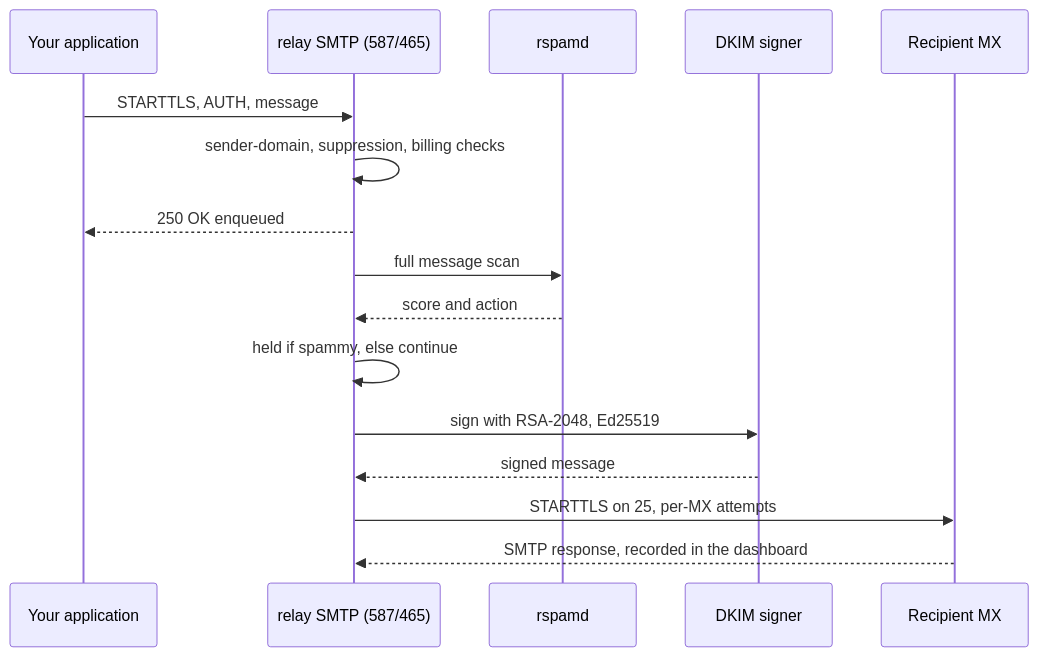
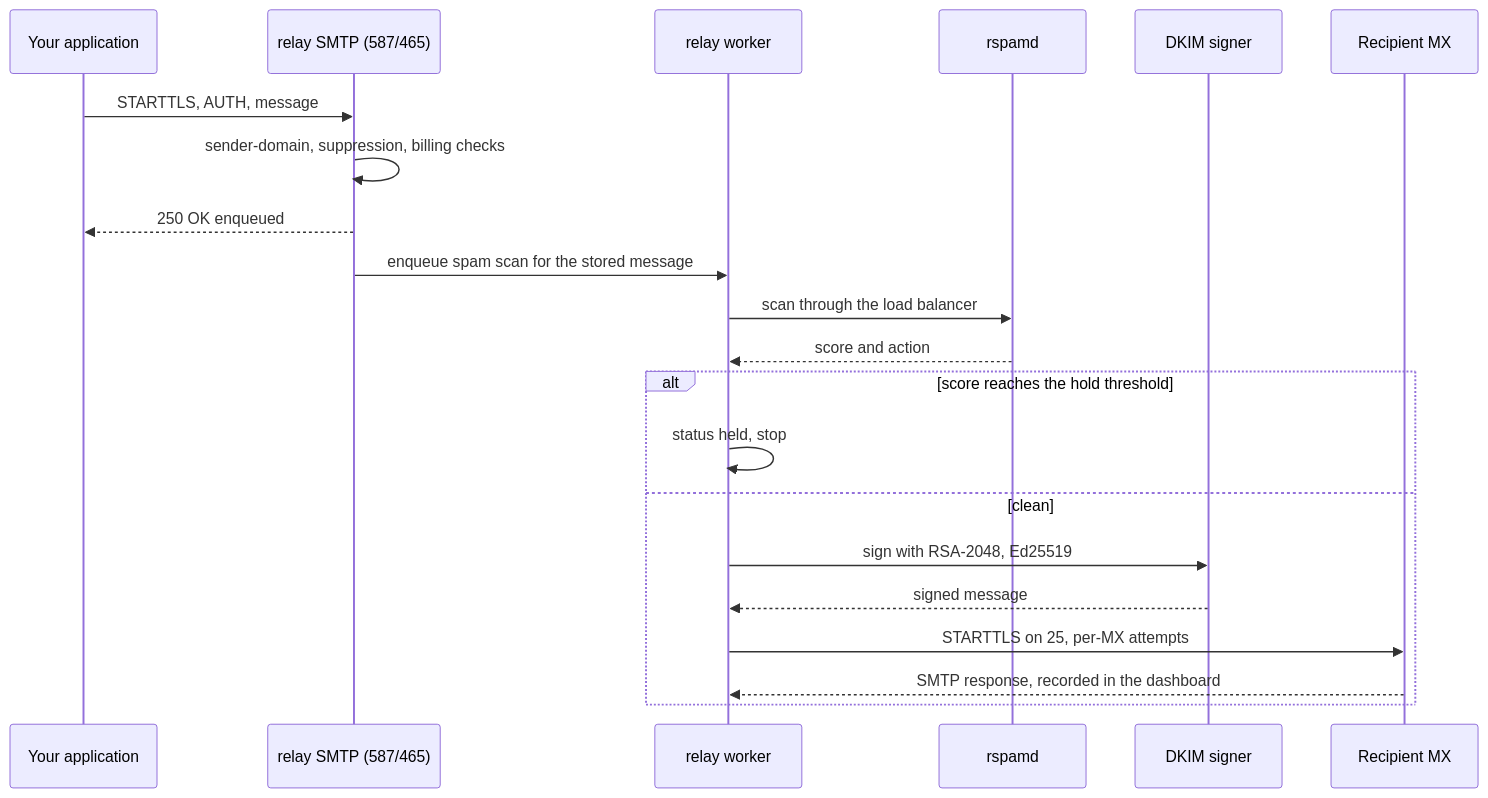
The diagram in docs/docs/deliverability.md (codingjoe/relay), drawn with Mermaid before and after one commit. The commit also changed 14 other files, not shown here.

````diff
--- a/docs/docs/deliverability.md
+++ b/docs/docs/deliverability.md
@@ -56,19 +56,24 @@
 ```mermaid
 sequenceDiagram
     participant App as Your application
     participant MSA as relay SMTP (587/465)
+    participant Worker as relay worker
     participant Scan as rspamd
     participant Sign as DKIM signer
     participant Remote as Recipient MX
 
     App->>MSA: STARTTLS, AUTH, message
     MSA->>MSA: sender-domain, suppression, billing checks
     MSA-->>App: 250 OK enqueued
-    MSA->>Scan: full message scan
-    Scan-->>MSA: score and action
-    MSA->>MSA: held if spammy, else continue
-    MSA->>Sign: sign with RSA-2048, Ed25519
-    Sign-->>MSA: signed message
-    MSA->>Remote: STARTTLS on 25, per-MX attempts
-    Remote-->>MSA: SMTP response, recorded in the dashboard
+    MSA->>Worker: enqueue spam scan for the stored message
+    Worker->>Scan: scan through the load balancer
+    Scan-->>Worker: score and action
+    alt score reaches the hold threshold
+        Worker->>Worker: status held, stop
+    else clean
+        Worker->>Sign: sign with RSA-2048, Ed25519
+        Sign-->>Worker: signed message
+        Worker->>Remote: STARTTLS on 25, per-MX attempts
+        Remote-->>Worker: SMTP response, recorded in the dashboard
+    end
 ```
````
